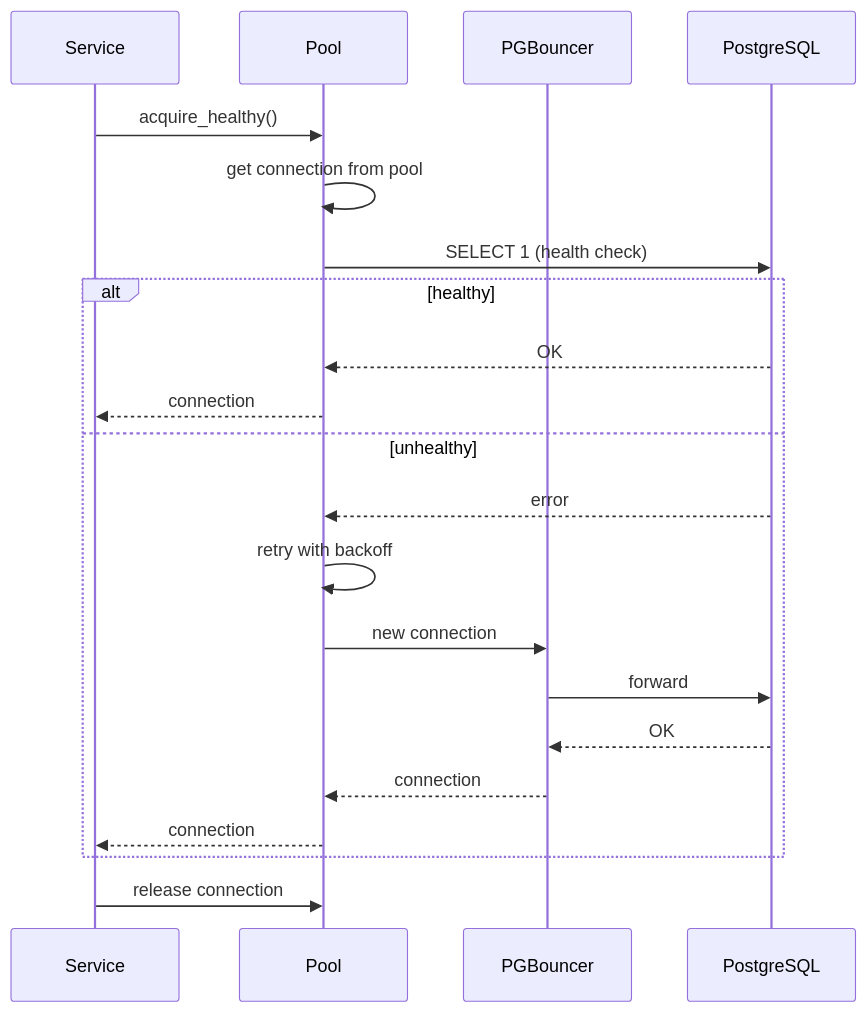
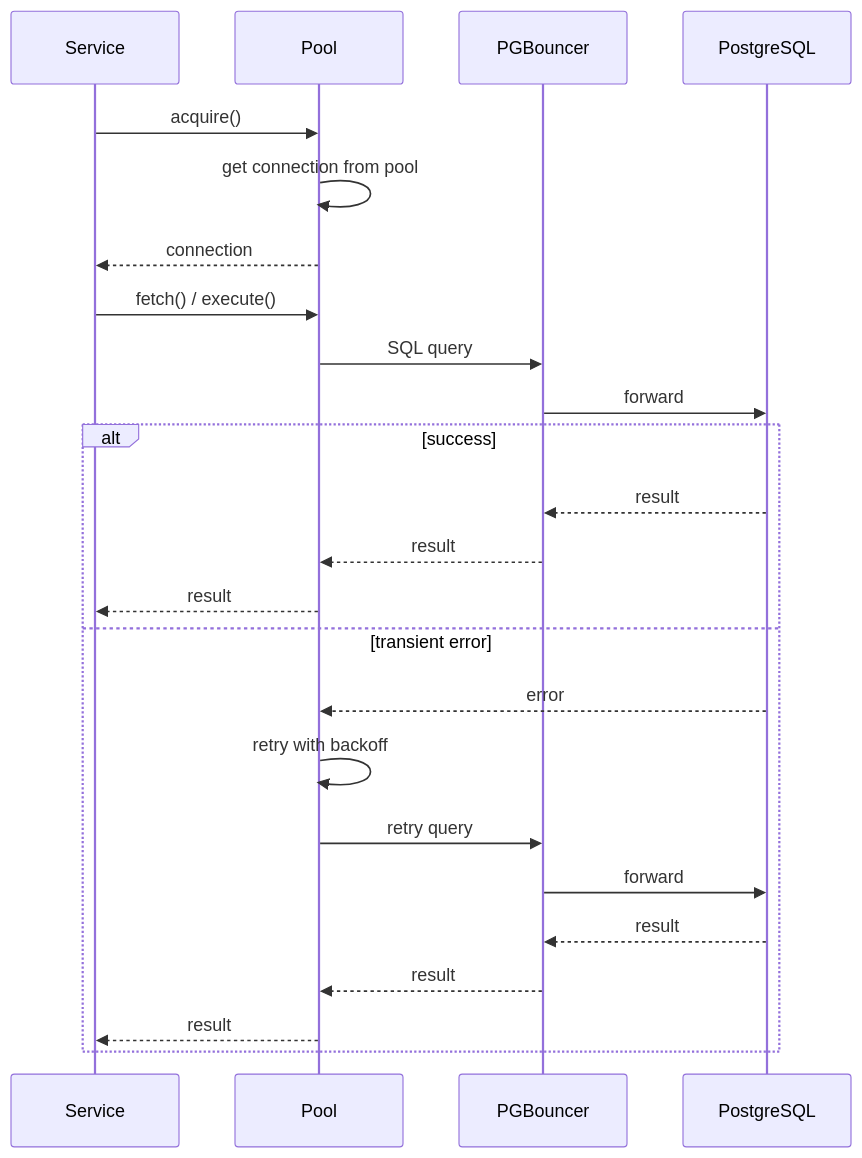
Before and after one commit to BigBrotr/bigbrotr: the first of 7 diagrams in docs/user-guide/architecture.md, drawn with Mermaid. The commit also changed other lines of this file and 31 other files, not shown here.

````diff
--- a/docs/user-guide/architecture.md
+++ b/docs/user-guide/architecture.md
@@ -137,24 +136,27 @@
 ```mermaid
 sequenceDiagram
     participant S as Service
     participant P as Pool
     participant PGB as PGBouncer
     participant PG as PostgreSQL
 
-    S->>P: acquire_healthy()
+    S->>P: acquire()
     P->>P: get connection from pool
-    P->>PG: SELECT 1 (health check)
-    alt healthy
-        PG-->>P: OK
-        P-->>S: connection
-    else unhealthy
+    P-->>S: connection
+    S->>P: fetch() / execute()
+    P->>PGB: SQL query
+    PGB->>PG: forward
+    alt success
+        PG-->>PGB: result
+        PGB-->>P: result
+        P-->>S: result
+    else transient error
         PG-->>P: error
         P->>P: retry with backoff
-        P->>PGB: new connection
+        P->>PGB: retry query
         PGB->>PG: forward
-        PG-->>PGB: OK
-        PGB-->>P: connection
-        P-->>S: connection
+        PG-->>PGB: result
+        PGB-->>P: result
+        P-->>S: result
     end
-    S->>P: release connection
 ```
````
